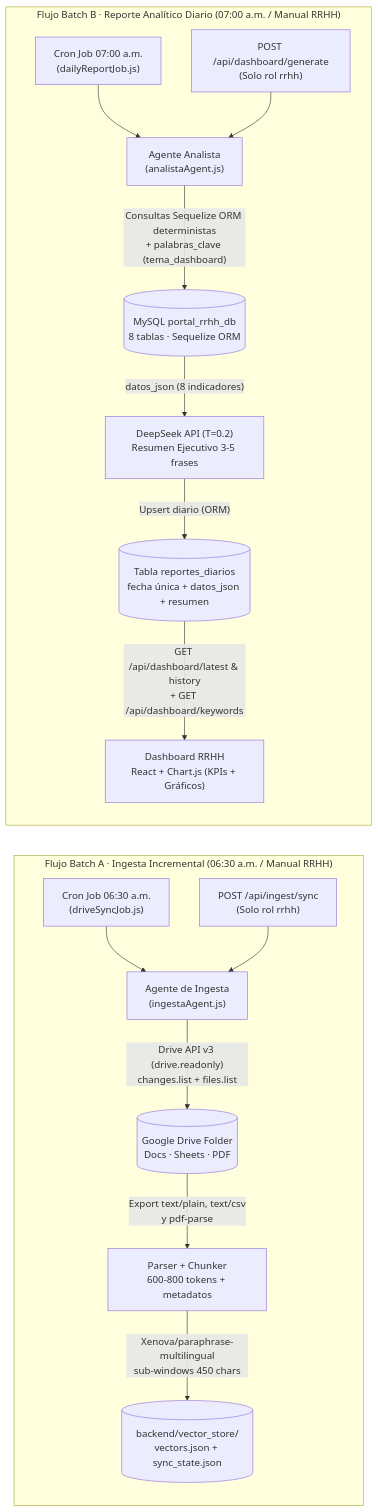
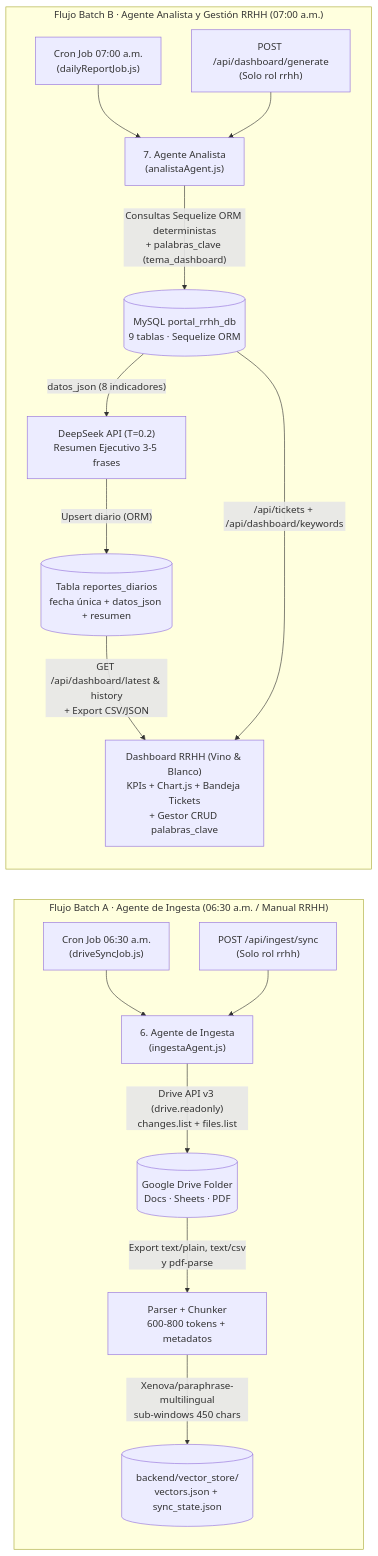
One commit to DanielOR20/Portal_Consultas changed the second of 2 diagrams in docs/architecture/diagrama_arquitectura.md. Above: the diagram before and after it, drawn with Mermaid. The commit also changed other lines of this file and 23 other files, not shown here.

Commit message:
feat: funcionalidades avanzadas multiagente, voz, tickets, CRUD palabras clave y evaluacion RAG

````diff
--- a/docs/architecture/diagrama_arquitectura.md
+++ b/docs/architecture/diagrama_arquitectura.md
@@ -55,21 +56,22 @@
 ```mermaid
 flowchart LR
-    subgraph INGESTA["Flujo Batch A · Ingesta Incremental (06:30 a.m. / Manual RRHH)"]
+    subgraph INGESTA["Flujo Batch A · Agente de Ingesta (06:30 a.m. / Manual RRHH)"]
         direction TB
-        CRON1["Cron Job 06:30 a.m.<br/>(driveSyncJob.js)"] --> ING["Agente de Ingesta<br/>(ingestaAgent.js)"]
+        CRON1["Cron Job 06:30 a.m.<br/>(driveSyncJob.js)"] --> ING["6. Agente de Ingesta<br/>(ingestaAgent.js)"]
         MAN1["POST /api/ingest/sync<br/>(Solo rol rrhh)"] --> ING
         ING -->|"Drive API v3 (drive.readonly)<br/>changes.list + files.list"| GDRIVE[("Google Drive Folder<br/>Docs · Sheets · PDF")]
         GDRIVE -->|"Export text/plain, text/csv<br/>y pdf-parse"| PARSE["Parser + Chunker<br/>600-800 tokens + metadatos"]
         PARSE -->|"Xenova/paraphrase-multilingual<br/>sub-windows 450 chars"| VSTORE[("backend/vector_store/<br/>vectors.json + sync_state.json")]
     end
 
-    subgraph ANALITICA["Flujo Batch B · Reporte Analítico Diario (07:00 a.m. / Manual RRHH)"]
+    subgraph ANALITICA["Flujo Batch B · Agente Analista y Gestión RRHH (07:00 a.m.)"]
         direction TB
-        CRON2["Cron Job 07:00 a.m.<br/>(dailyReportJob.js)"] --> ANA["Agente Analista<br/>(analistaAgent.js)"]
+        CRON2["Cron Job 07:00 a.m.<br/>(dailyReportJob.js)"] --> ANA["7. Agente Analista<br/>(analistaAgent.js)"]
         MAN2["POST /api/dashboard/generate<br/>(Solo rol rrhh)"] --> ANA
-        ANA -->|"Consultas Sequelize ORM deterministas<br/>+ palabras_clave (tema_dashboard)"| DB[("MySQL portal_rrhh_db<br/>8 tablas · Sequelize ORM")]
+        ANA -->|"Consultas Sequelize ORM deterministas<br/>+ palabras_clave (tema_dashboard)"| DB[("MySQL portal_rrhh_db<br/>9 tablas · Sequelize ORM")]
         DB -->|"datos_json (8 indicadores)"| LLM["DeepSeek API (T=0.2)<br/>Resumen Ejecutivo 3-5 frases"]
         LLM -->|"Upsert diario (ORM)"| REP[("Tabla reportes_diarios<br/>fecha única + datos_json + resumen")]
-        REP -->|"GET /api/dashboard/latest & history<br/>+ GET /api/dashboard/keywords"| DASH["Dashboard RRHH<br/>React + Chart.js (KPIs + Gráficos)"]
+        REP -->|"GET /api/dashboard/latest & history<br/>+ Export CSV/JSON"| DASH["Dashboard RRHH (Vino & Blanco)<br/>KPIs + Chart.js + Bandeja Tickets<br/>+ Gestor CRUD palabras_clave"]
+        DB -->|"/api/tickets + /api/dashboard/keywords"| DASH
     end
 ```
````
